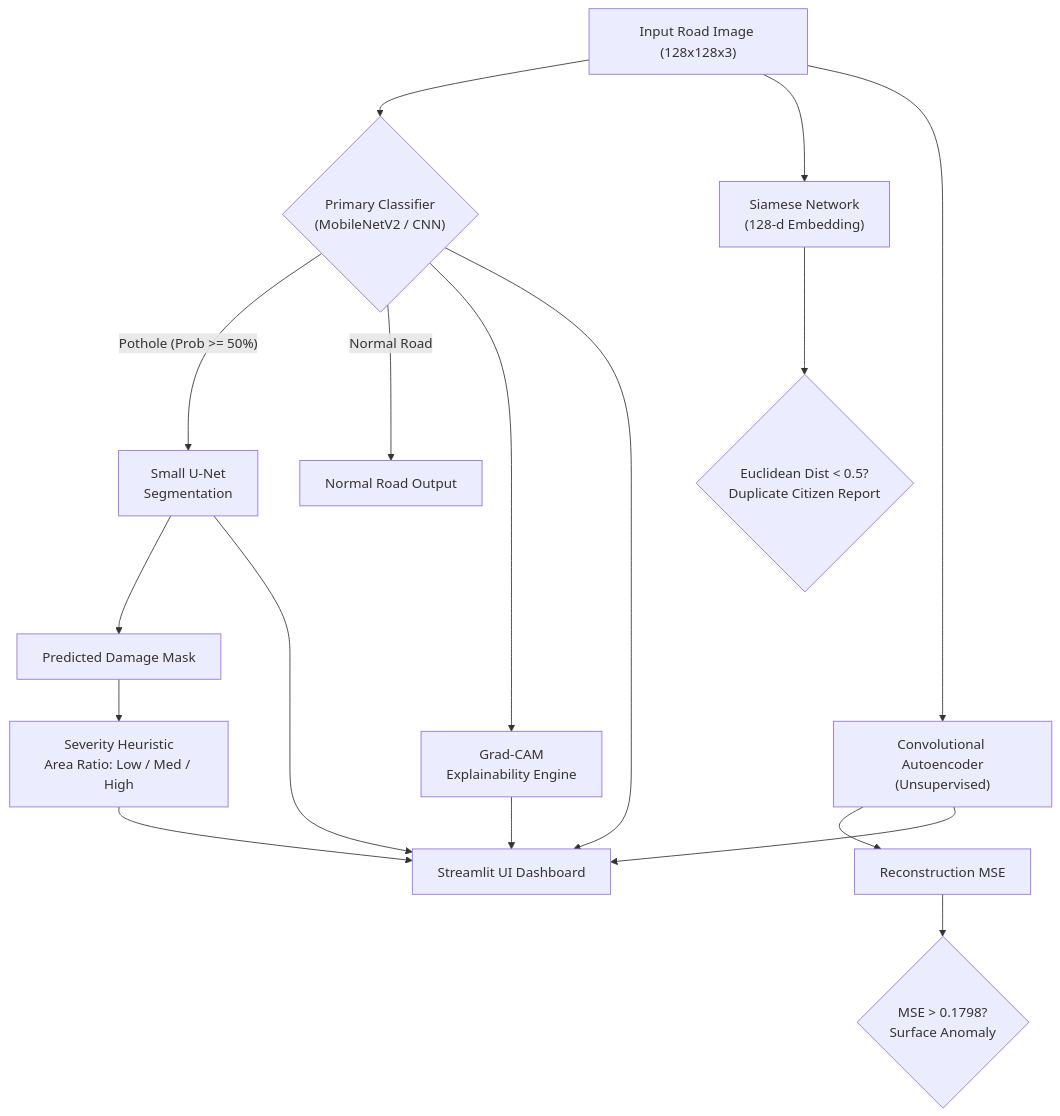
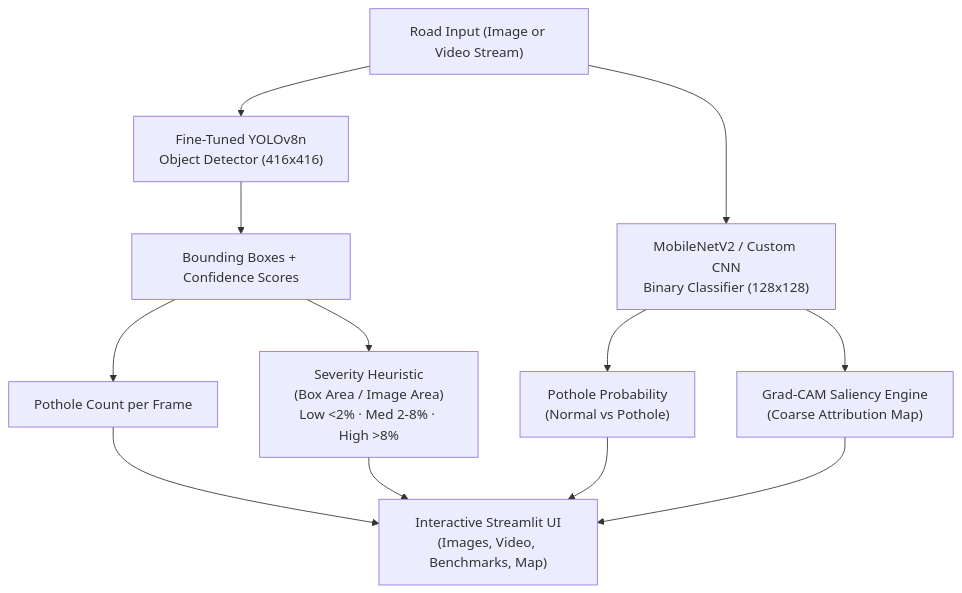
The diagram in README.md (paras151206/PotholeIQ), drawn with Mermaid before and after one commit. The commit also changed other lines of this file and 19 other files, not shown here.

Commit message:
feat: complete YOLOv8n object detection, video pipeline, 6-tab Streamlit UI, and honest viva documentation

````diff
--- a/README.md
+++ b/README.md
@@ -39,23 +41,17 @@
 ```mermaid
 flowchart TD
-    IMG["Input Road Image (128x128x3)"] --> CLF{"Primary Classifier\n(MobileNetV2 / CNN)"}
-    CLF -->|"Pothole (Prob >= 50%)"| SEG["Small U-Net\nSegmentation"]
-    CLF -->|"Normal Road"| NORMAL_OUT["Normal Road Output"]
-    CLF --> XAI["Grad-CAM\nExplainability Engine"]
+    INPUT["Road Input (Image or Video Stream)"] --> YOLO["Fine-Tuned YOLOv8n\nObject Detector (416x416)"]
+    INPUT --> CLF["MobileNetV2 / Custom CNN\nBinary Classifier (128x128)"]
     
-    SEG --> MASK["Predicted Damage Mask"]
-    MASK --> SEV["Severity Heuristic\nArea Ratio: Low / Med / High"]
+    YOLO --> BBOX["Bounding Boxes + Confidence Scores"]
+    BBOX --> COUNT["Pothole Count per Frame"]
+    BBOX --> SEV["Severity Heuristic\n(Box Area / Image Area)\nLow <2% · Med 2-8% · High >8%"]
     
-    IMG --> SIA["Siamese Network\n(128-d Embedding)"]
-    SIA --> DUP{"Euclidean Dist < 0.5?\nDuplicate Citizen Report"}
+    CLF --> PROBS["Pothole Probability\n(Normal vs Pothole)"]
+    CLF --> GCAM["Grad-CAM Saliency Engine\n(Coarse Attribution Map)"]
     
-    IMG --> AE["Convolutional Autoencoder\n(Unsupervised)"]
-    AE --> MSE["Reconstruction MSE"]
-    MSE --> ANOM{"MSE > 0.1798?\nSurface Anomaly"}
-    
-    CLF --> APP["Streamlit UI Dashboard"]
-    SEG --> APP
-    XAI --> APP
-    SEV --> APP
-    AE --> APP
+    COUNT --> DASH["Interactive Streamlit UI\n(Images, Video, Benchmarks, Map)"]
+    SEV --> DASH
+    PROBS --> DASH
+    GCAM --> DASH
 ```
````
